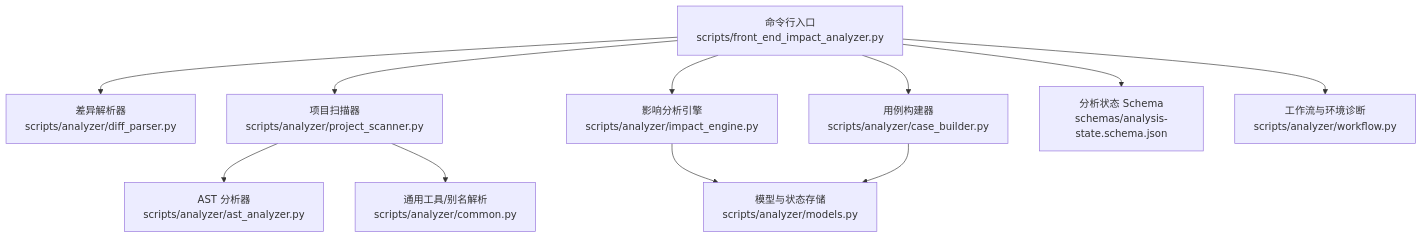
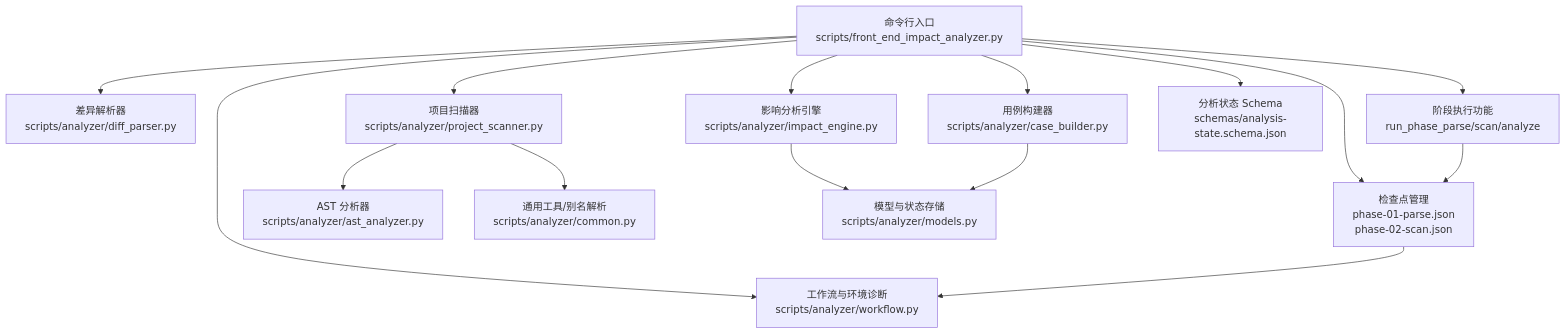
The first of 10 diagrams in .qoder/repowiki/zh/content/高级用法/高级用法.md (brand-new-remo/frontend-impact-analyzer), drawn with Mermaid before and after one commit. The commit also changed other lines of this file and 8 other files, not shown here.

````diff
--- a/.qoder/repowiki/zh/content/高级用法/高级用法.md
+++ b/.qoder/repowiki/zh/content/高级用法/高级用法.md
@@ -51,13 +53,17 @@
 ```mermaid
 graph TB
 CLI["命令行入口<br/>scripts/front_end_impact_analyzer.py"] --> Diff["差异解析器<br/>scripts/analyzer/diff_parser.py"]
 CLI --> Scanner["项目扫描器<br/>scripts/analyzer/project_scanner.py"]
 CLI --> Engine["影响分析引擎<br/>scripts/analyzer/impact_engine.py"]
 CLI --> Builder["用例构建器<br/>scripts/analyzer/case_builder.py"]
+CLI --> Workflow["工作流与环境诊断<br/>scripts/analyzer/workflow.py"]
+CLI --> Phased["阶段执行功能<br/>run_phase_parse/scan/analyze"]
+CLI --> Checkpoint["检查点管理<br/>phase-01-parse.json<br/>phase-02-scan.json"]
 Scanner --> AST["AST 分析器<br/>scripts/analyzer/ast_analyzer.py"]
 Scanner --> Common["通用工具/别名解析<br/>scripts/analyzer/common.py"]
 Engine --> Models["模型与状态存储<br/>scripts/analyzer/models.py"]
 Builder --> Models
 CLI --> State["分析状态 Schema<br/>schemas/analysis-state.schema.json"]
-CLI --> Workflow["工作流与环境诊断<br/>scripts/analyzer/workflow.py"]
+Phased --> Checkpoint
+Checkpoint --> Workflow
 ```
````
